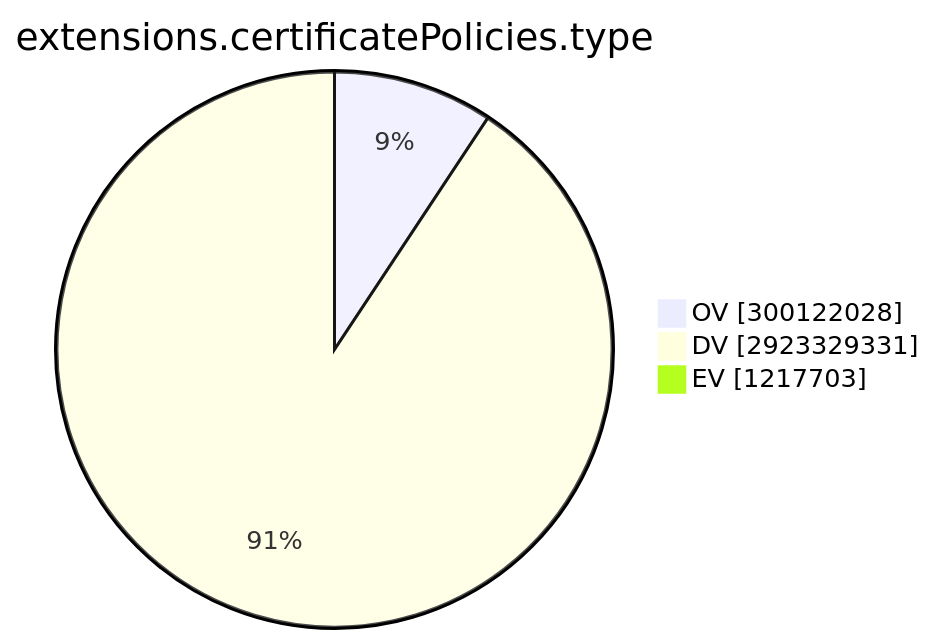
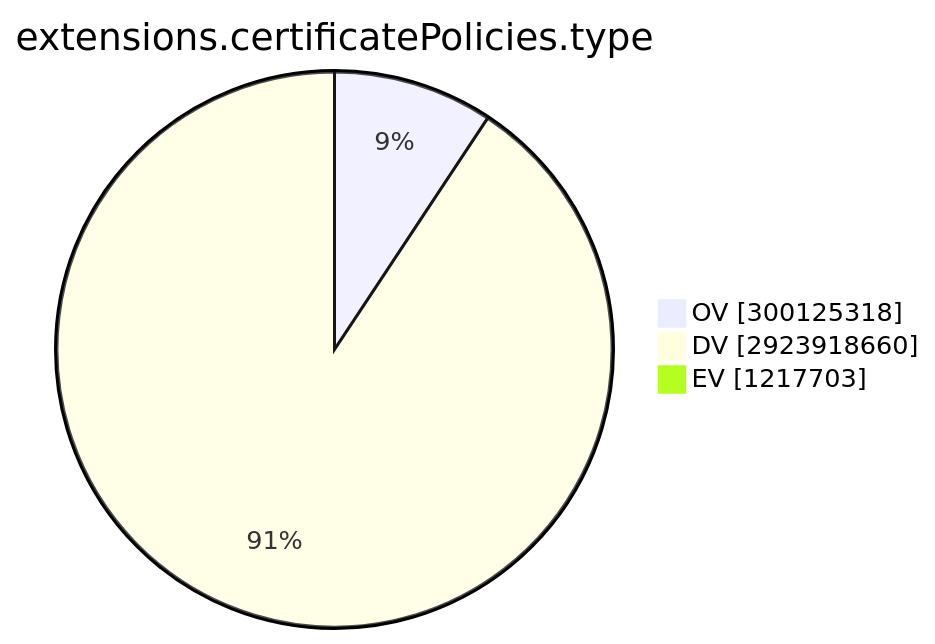
The ninth of 15 diagrams in TOTAL/README.md (christiankrug/ctmonitor_visualization), drawn with Mermaid before and after one commit. The commit also changed other lines of this file, not shown here.

````diff
--- a/TOTAL/README.md
+++ b/TOTAL/README.md
@@ -3101,7 +3101,7 @@
 ```mermaid
 pie showData
 title extensions.certificatePolicies.type
-"OV" :300122028
-"DV" :2923329331
+"OV" :300125318
+"DV" :2923918660
 "EV" :1217703
 ```
````
